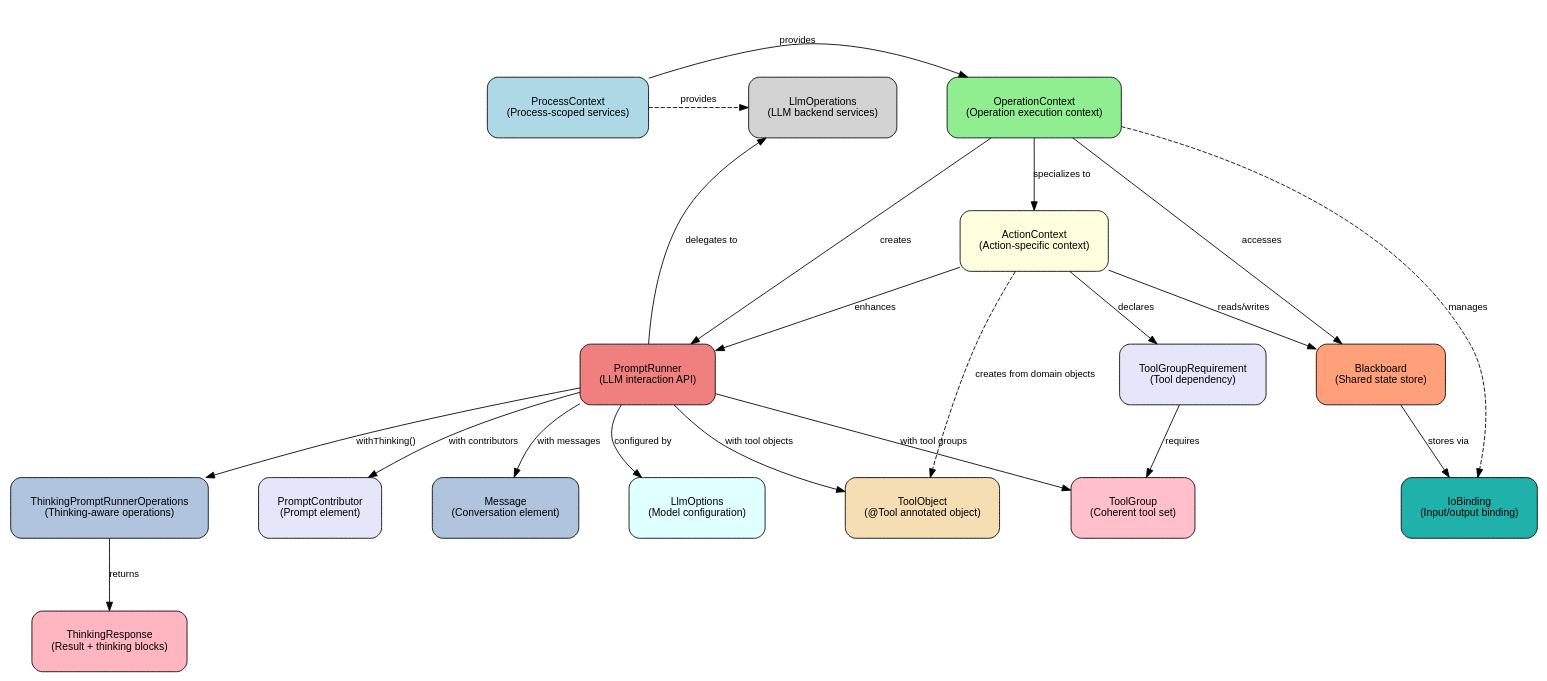
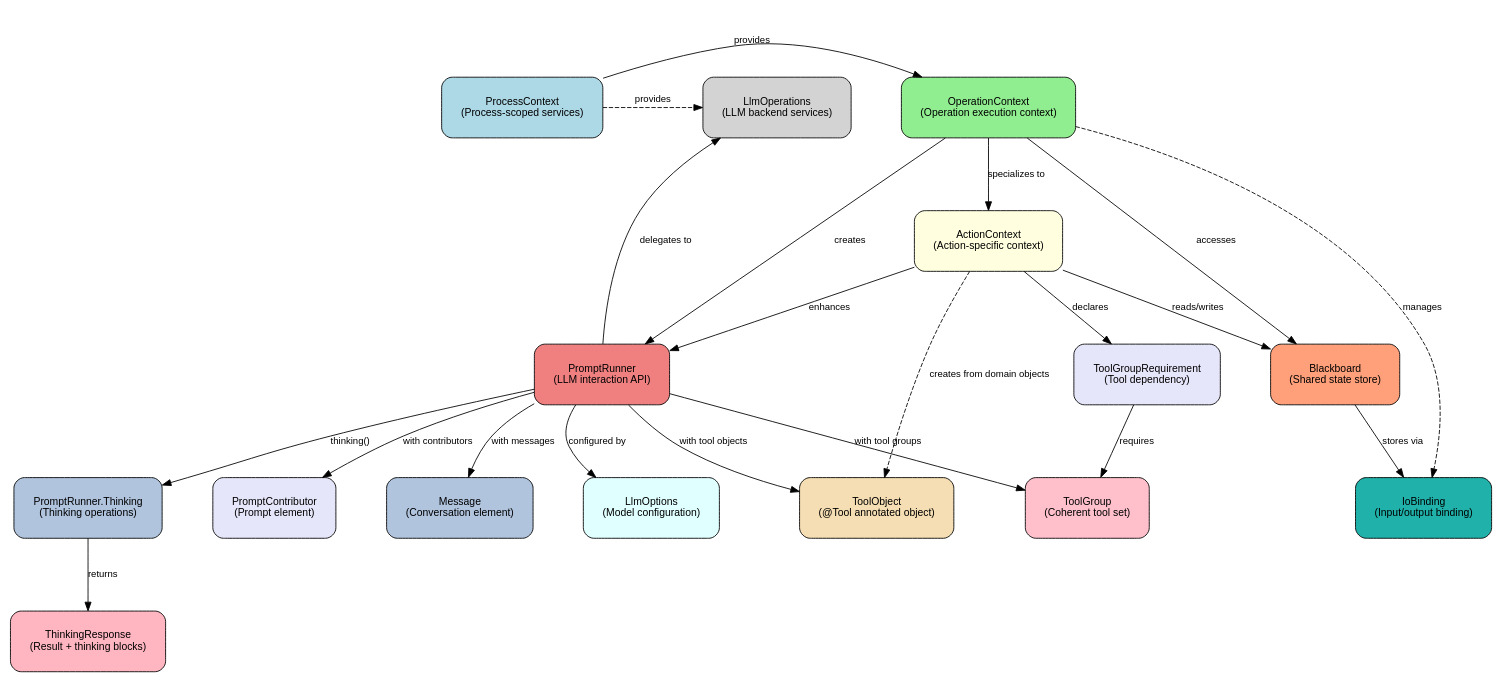
One commit to embabel/embabel-agent changed the diagram in embabel-agent-docs/src/main/asciidoc/reference/diagrams/architecture/embabel_execution_context.dot. Above: the diagram before and after it, drawn with Graphviz.

Commit message:
Draw thinking as PromptRunner.Thinking in the execution context diagram
The diagram still showed ThinkingPromptRunnerOperations and withThinking(),
both removed in #1750.

Claude-Session: https://claude.ai/code/session_01F8aCDVo1HVmRsP8y7pABws

```diff
--- a/embabel-agent-docs/src/main/asciidoc/reference/diagrams/architecture/embabel_execution_context.dot
+++ b/embabel-agent-docs/src/main/asciidoc/reference/diagrams/architecture/embabel_execution_context.dot
@@ -1,73 +1,73 @@
 digraph ExecutionContext {
     // Simple layout improvements
     ranksep=1.0;
     nodesep=0.8;
     
     // Node styling - matching original diagram  
     node [shape=box, style="filled,rounded", fontname="Arial", margin=0.3, fontsize=12];
     edge [fontname="Arial", fontsize=11];
     
     // Core context and LLM layer - grouped together
     {rank=same; ProcessContext; OperationContext; LlmOperations;}
     ProcessContext [fillcolor=lightblue, label="ProcessContext\n(Process-scoped services)"];
     OperationContext [fillcolor=lightgreen, label="OperationContext\n(Operation execution context)"];
     LlmOperations [fillcolor=lightgrey, label="LlmOperations\n(LLM backend services)"];
     
     // Secondary context layer
     ActionContext [fillcolor=lightyellow, label="ActionContext\n(Action-specific context)"];
     
     // LLM configuration  
     PromptRunner [fillcolor=lightcoral, label="PromptRunner\n(LLM interaction API)"];
     LlmOptions [fillcolor=lightcyan, label="LlmOptions\n(Model configuration)"];
     
     // Thinking capability
-    ThinkingPromptRunnerOperations [fillcolor=lightsteelblue, label="ThinkingPromptRunnerOperations\n(Thinking-aware operations)"];
+    PromptRunnerThinking [fillcolor=lightsteelblue, label="PromptRunner.Thinking\n(Thinking operations)"];
     ThinkingResponse [fillcolor=lightpink, label="ThinkingResponse\n(Result + thinking blocks)"];
     
     // Tool system
     ToolGroup [fillcolor=pink, label="ToolGroup\n(Coherent tool set)"];
     ToolGroupRequirement [fillcolor=lavender, label="ToolGroupRequirement\n(Tool dependency)"];
     ToolObject [fillcolor=wheat, label="ToolObject\n(@Tool annotated object)"];
     
     // State and data flow
     Blackboard [fillcolor=lightsalmon, label="Blackboard\n(Shared state store)"];
     IoBinding [fillcolor=lightseagreen, label="IoBinding\n(Input/output binding)"];
     
     // Prompt system
     PromptContributor [fillcolor=lavender, label="PromptContributor\n(Prompt element)"];
     Message [fillcolor=lightsteelblue, label="Message\n(Conversation element)"];
     
     // Context hierarchy relationships
     ProcessContext -> OperationContext [label="provides"];
     OperationContext -> ActionContext [label="specializes to"];
     
     // LLM integration relationships
     OperationContext -> PromptRunner [label="creates"];
     ActionContext -> PromptRunner [label="enhances"];
     PromptRunner -> LlmOperations [label="delegates to"];
     PromptRunner -> LlmOptions [label="configured by"];
     
     // Thinking integration
-    PromptRunner -> ThinkingPromptRunnerOperations [label="withThinking()"];
-    ThinkingPromptRunnerOperations -> ThinkingResponse [label="returns"];
+    PromptRunner -> PromptRunnerThinking [label="thinking()"];
+    PromptRunnerThinking -> ThinkingResponse [label="returns"];
     
     // Tool integration relationships
     PromptRunner -> ToolGroup [label="with tool groups"];
     PromptRunner -> ToolObject [label="with tool objects"];
     ActionContext -> ToolGroupRequirement [label="declares"];
     ToolGroupRequirement -> ToolGroup [label="requires"];
     
     // State and data relationships
     OperationContext -> Blackboard [label="accesses"];
     ActionContext -> Blackboard [label="reads/writes"];
     Blackboard -> IoBinding [label="stores via"];
     
     // Prompt construction relationships
     PromptRunner -> PromptContributor [label="with contributors"];
     PromptRunner -> Message [label="with messages"];
     
     // Additional flow relationships
     ProcessContext -> LlmOperations [label="provides", style="dashed"];
     ActionContext -> ToolObject [label="creates from domain objects", style="dashed"];
     OperationContext -> IoBinding [label="manages", style="dashed"];
 }
```
